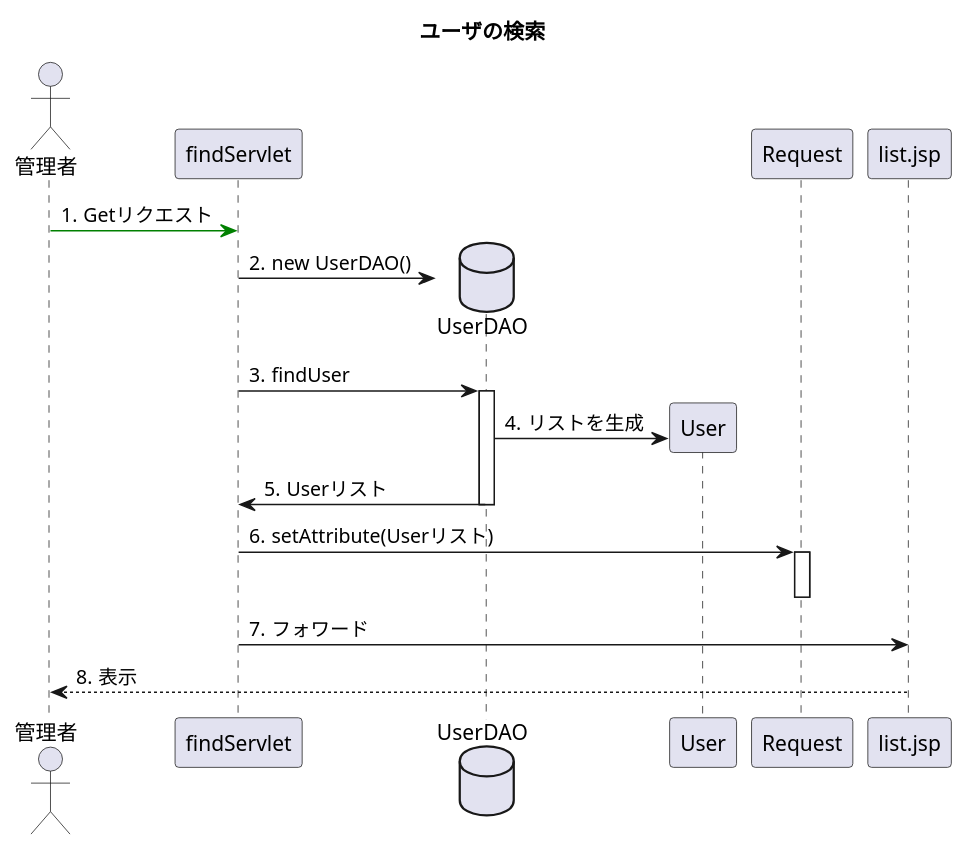
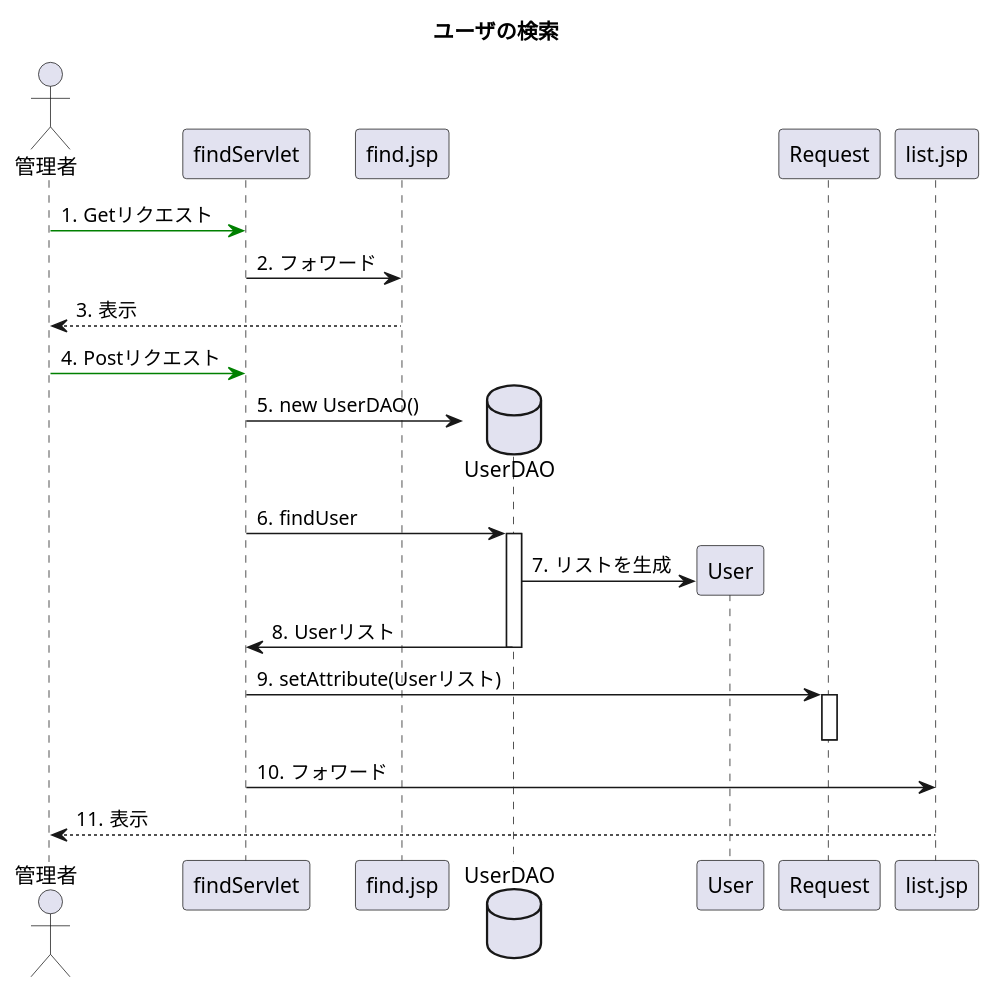
The diagram in uml_detail/seq_find.pu (toufu66/ProjectC), drawn with PlantUML before and after one commit.

Commit message:
詳細シーケンス図 検索画面

```diff
--- a/uml_detail/seq_find.pu
+++ b/uml_detail/seq_find.pu
@@ -1,25 +1,28 @@
 @startuml
 title ユーザの検索
 
 autonumber "#."
 
 actor 管理者
 participant findServlet
-
+participant find.jsp
 
 database UserDAO
 participant User
 
 
 管理者 -[#green]> findServlet:Getリクエスト
+findServlet -> find.jsp:フォワード
+find.jsp --> 管理者:表示
+管理者 -[#green]> findServlet:Postリクエスト
 findServlet -> UserDAO**:new UserDAO()
 findServlet -> UserDAO++:findUser
 UserDAO -> User**:リストを生成
 UserDAO -> findServlet--:Userリスト
 findServlet -> Request++:setAttribute(Userリスト)
 Request--
 findServlet -> list.jsp:フォワード
 list.jsp --> 管理者:表示
 
 
 @enduml
```
